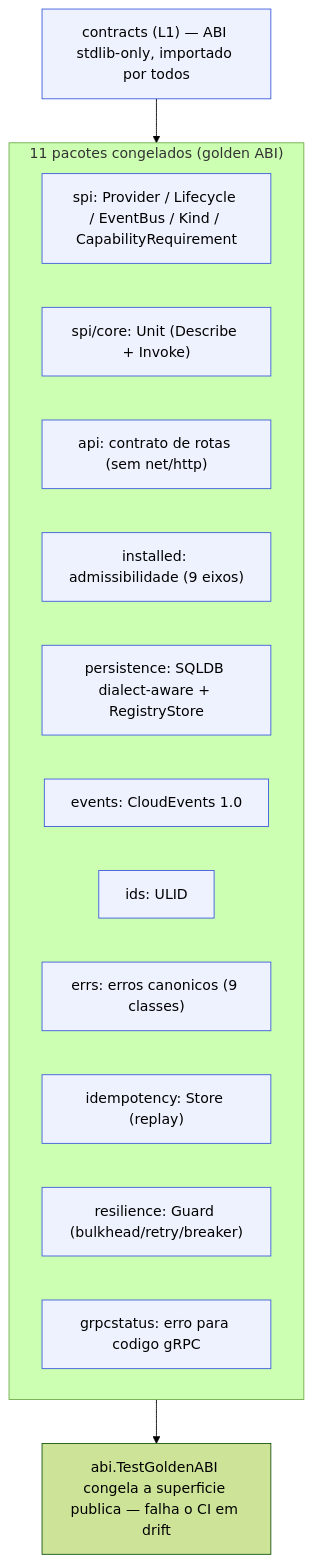
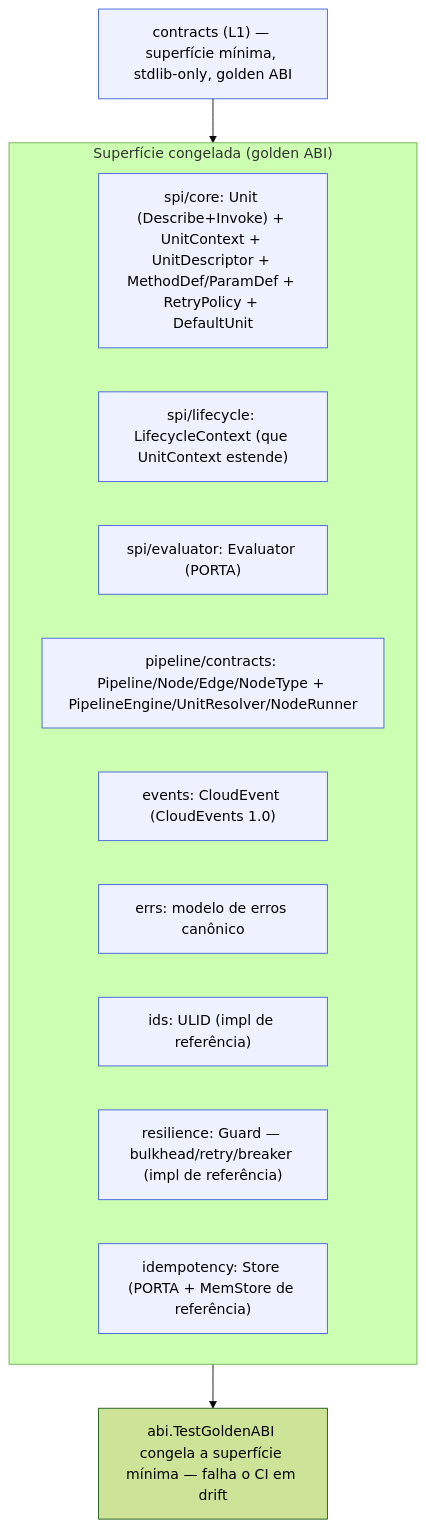
The sixth of 17 diagrams in docs/architecture/plugfy-framework-architecture.md (PlugfyOS/plugfy.framework.contracts), drawn with Mermaid (forest theme) before and after one commit. The commit also changed other lines of this file and 1 other file, not shown here.

First line of the commit message:
docs(architecture): rewrite framework arch doc to final state — Unit + Pipeline + Execution only

````diff
--- a/docs/architecture/plugfy-framework-architecture.md
+++ b/docs/architecture/plugfy-framework-architecture.md
@@ -304,22 +312,20 @@
 ```mermaid
 flowchart TB
   classDef l1 fill:#eef2ff,stroke:#3b5bdb;
-  CON["contracts (L1) — ABI stdlib-only, importado por todos"]
-  subgraph p["11 pacotes congelados (golden ABI)"]
-    P1["spi: Provider / Lifecycle / EventBus / Kind / CapabilityRequirement"]
-    P2["spi/core: Unit (Describe + Invoke)"]
-    P3["api: contrato de rotas (sem net/http)"]
-    P4["installed: admissibilidade (9 eixos)"]
-    P5["persistence: SQLDB dialect-aware + RegistryStore"]
-    P6["events: CloudEvents 1.0"]
-    P7["ids: ULID"]
-    P8["errs: erros canonicos (9 classes)"]
-    P9["idempotency: Store (replay)"]
-    P10["resilience: Guard (bulkhead/retry/breaker)"]
-    P11["grpcstatus: erro para codigo gRPC"]
+  CON["contracts (L1) — superfície mínima, stdlib-only, golden ABI"]
+  subgraph p["Superfície congelada (golden ABI)"]
+    P1["spi/core: Unit (Describe+Invoke) + UnitContext + UnitDescriptor + MethodDef/ParamDef + RetryPolicy + DefaultUnit"]
+    P2["spi/lifecycle: LifecycleContext (que UnitContext estende)"]
+    P3["spi/evaluator: Evaluator (PORTA)"]
+    P4["pipeline/contracts: Pipeline/Node/Edge/NodeType + PipelineEngine/UnitResolver/NodeRunner"]
+    P5["events: CloudEvent (CloudEvents 1.0)"]
+    P6["errs: modelo de erros canônico"]
+    P7["ids: ULID (impl de referência)"]
+    P8["resilience: Guard — bulkhead/retry/breaker (impl de referência)"]
+    P9["idempotency: Store (PORTA + MemStore de referência)"]
   end
-  ABI["abi.TestGoldenABI congela a superficie publica — falha o CI em drift"]
+  ABI["abi.TestGoldenABI congela a superfície mínima — falha o CI em drift"]
   CON --> p
   p --> ABI
-  class CON,P1,P2,P3,P4,P5,P6,P7,P8,P9,P10,P11 l1;
+  class CON,P1,P2,P3,P4,P5,P6,P7,P8,P9 l1;
 ```
````
